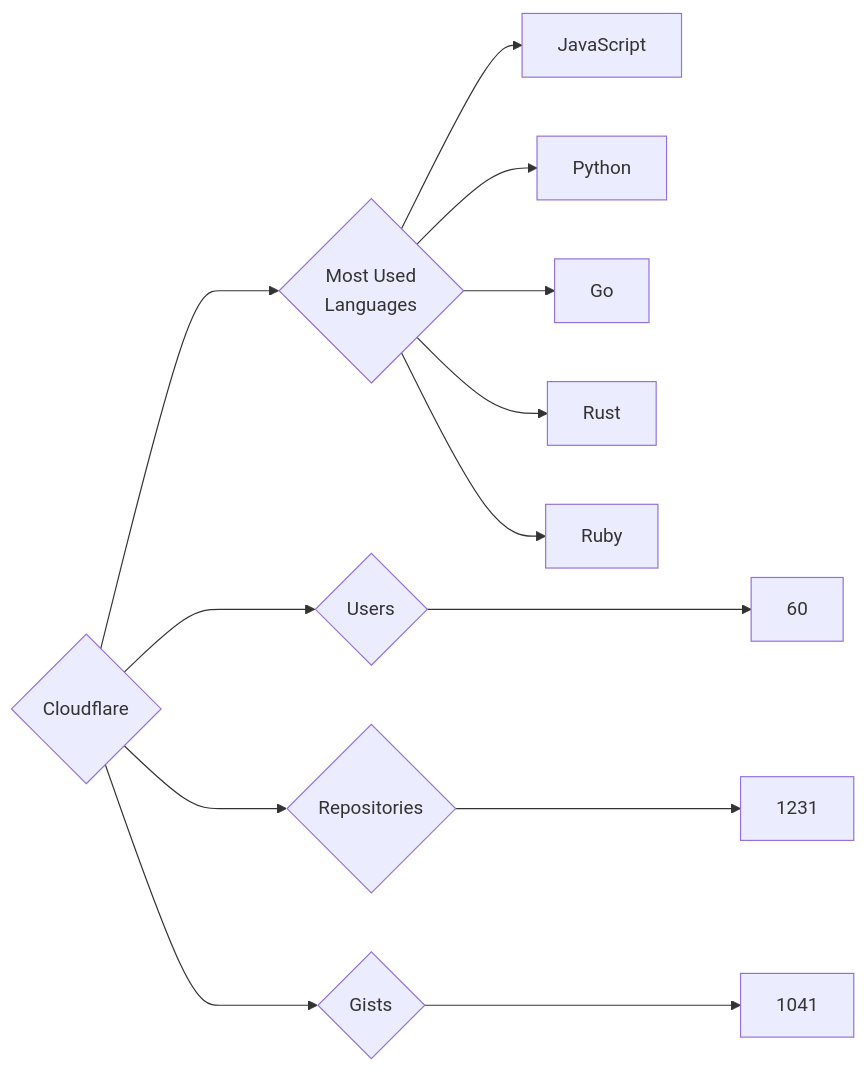
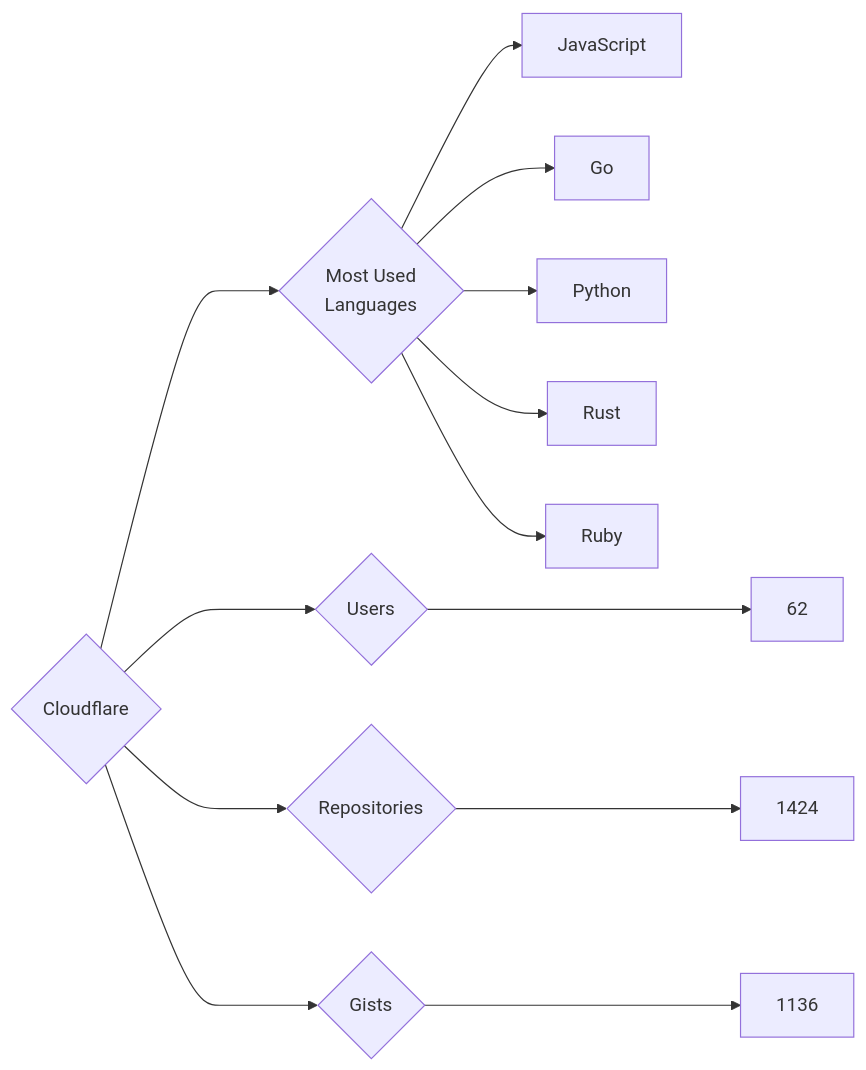
One commit to trickest/insiders changed the diagram in targets/Cloudflare/README.md. Above: the diagram before and after it, drawn with Mermaid. The commit also changed 681 other files, not shown here.

````diff
--- a/targets/Cloudflare/README.md
+++ b/targets/Cloudflare/README.md
@@ -3,13 +3,13 @@
 ```mermaid
 graph LR
 COMPANY_NAME{Cloudflare}
-COMPANY_NAME ---> U{Users} ---> UN[60]
-COMPANY_NAME ---> R{Repositories} ---> RN[1231]
-COMPANY_NAME ---> G{Gists} ---> GN[1041]
+COMPANY_NAME ---> U{Users} ---> UN[62]
+COMPANY_NAME ---> R{Repositories} ---> RN[1424]
+COMPANY_NAME ---> G{Gists} ---> GN[1136]
 COMPANY_NAME ---> ML{Most Used<br>Languages}
 ML --> JavaScript[JavaScript]
+ML --> Go[Go]
 ML --> Python[Python]
-ML --> Go[Go]
 ML --> Rust[Rust]
 ML --> Ruby[Ruby]
 ```
````
